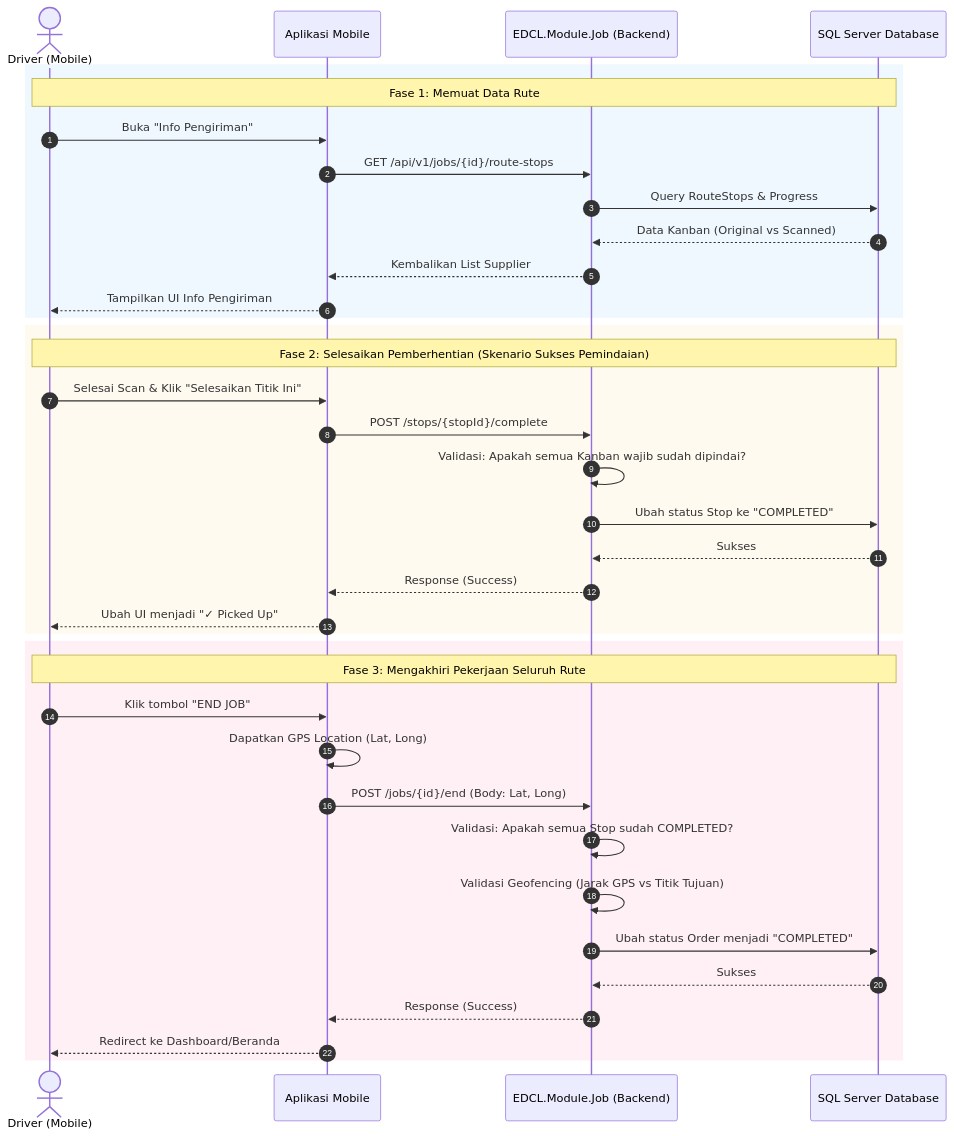
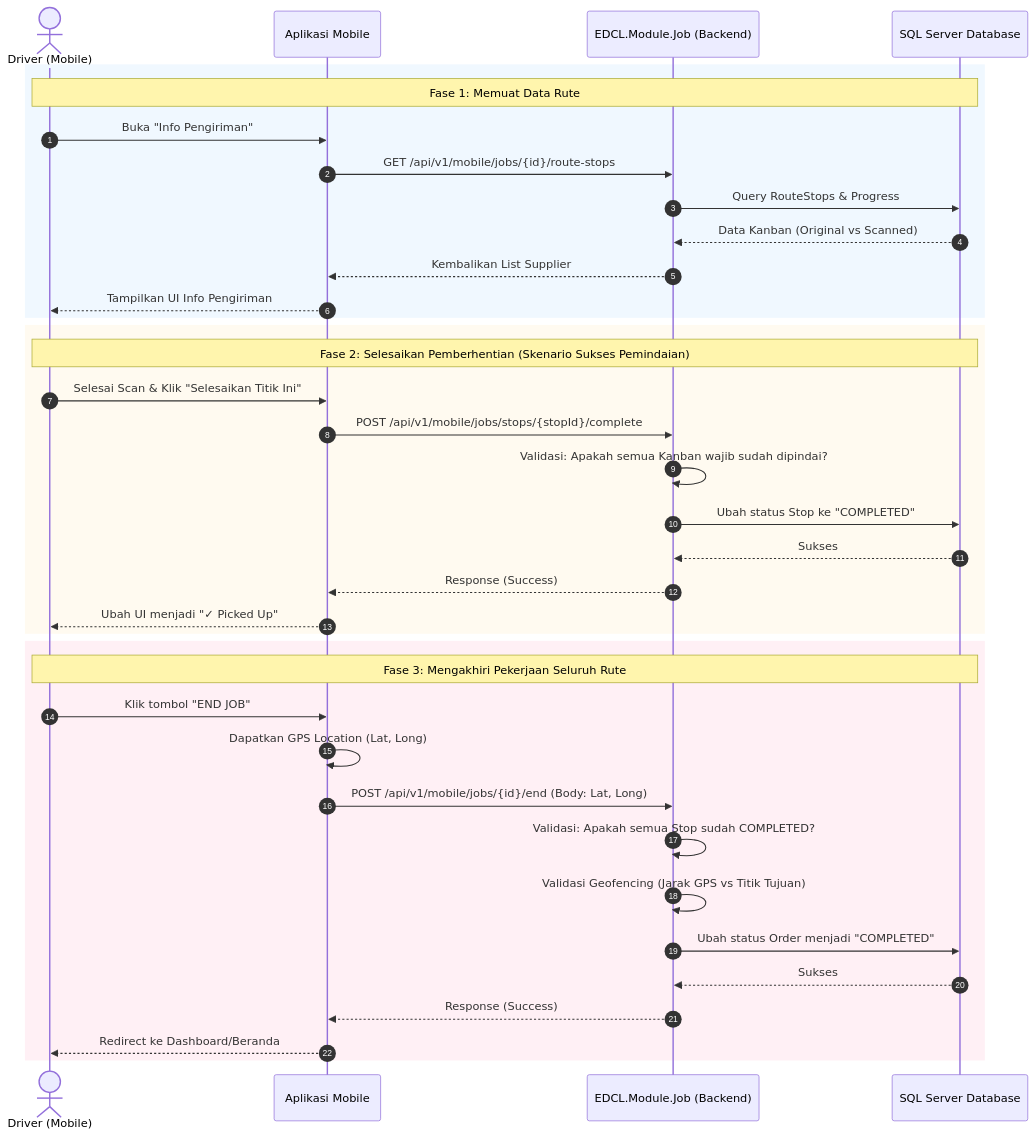
One commit to odealidj/minione-edcl-net changed the diagram in docs/architecture/info-pengiriman-system.md. Above: the diagram before and after it, drawn with Mermaid. The commit also changed other lines of this file and 15 other files, not shown here.

Commit message:
docs: synchronize documentation endpoints and add gateway mobile route

````diff
--- a/docs/architecture/info-pengiriman-system.md
+++ b/docs/architecture/info-pengiriman-system.md
@@ -19,45 +19,45 @@
 ```mermaid
 sequenceDiagram
     autonumber
     actor Driver as Driver (Mobile)
     participant Client as Aplikasi Mobile
     participant JobAPI as EDCL.Module.Job (Backend)
     participant DB as SQL Server Database
 
     %% Fase Inisialisasi Layar
     rect rgb(240, 248, 255)
         Note over Driver,DB: Fase 1: Memuat Data Rute
         Driver->>Client: Buka "Info Pengiriman"
-        Client->>JobAPI: GET /api/v1/jobs/{id}/route-stops
+        Client->>JobAPI: GET /api/v1/mobile/jobs/{id}/route-stops
         JobAPI->>DB: Query RouteStops & Progress
         DB-->>JobAPI: Data Kanban (Original vs Scanned)
         JobAPI-->>Client: Kembalikan List Supplier
         Client-->>Driver: Tampilkan UI Info Pengiriman
     end
 
     %% Fase Eksekusi Supplier
     rect rgb(255, 250, 240)
         Note over Driver,DB: Fase 2: Selesaikan Pemberhentian (Skenario Sukses Pemindaian)
         Driver->>Client: Selesai Scan & Klik "Selesaikan Titik Ini"
-        Client->>JobAPI: POST /stops/{stopId}/complete
+        Client->>JobAPI: POST /api/v1/mobile/jobs/stops/{stopId}/complete
         JobAPI->>JobAPI: Validasi: Apakah semua Kanban wajib sudah dipindai?
         JobAPI->>DB: Ubah status Stop ke "COMPLETED"
         DB-->>JobAPI: Sukses
         JobAPI-->>Client: Response (Success)
         Client-->>Driver: Ubah UI menjadi "✓ Picked Up"
     end
 
     %% Fase Penyelesaian Tugas
     rect rgb(255, 240, 245)
         Note over Driver,DB: Fase 3: Mengakhiri Pekerjaan Seluruh Rute
         Driver->>Client: Klik tombol "END JOB"
         Client->>Client: Dapatkan GPS Location (Lat, Long)
-        Client->>JobAPI: POST /jobs/{id}/end (Body: Lat, Long)
+        Client->>JobAPI: POST /api/v1/mobile/jobs/{id}/end (Body: Lat, Long)
         JobAPI->>JobAPI: Validasi: Apakah semua Stop sudah COMPLETED?
         JobAPI->>JobAPI: Validasi Geofencing (Jarak GPS vs Titik Tujuan)
         JobAPI->>DB: Ubah status Order menjadi "COMPLETED"
         DB-->>JobAPI: Sukses
         JobAPI-->>Client: Response (Success)
         Client-->>Driver: Redirect ke Dashboard/Beranda
     end
 ```
````
